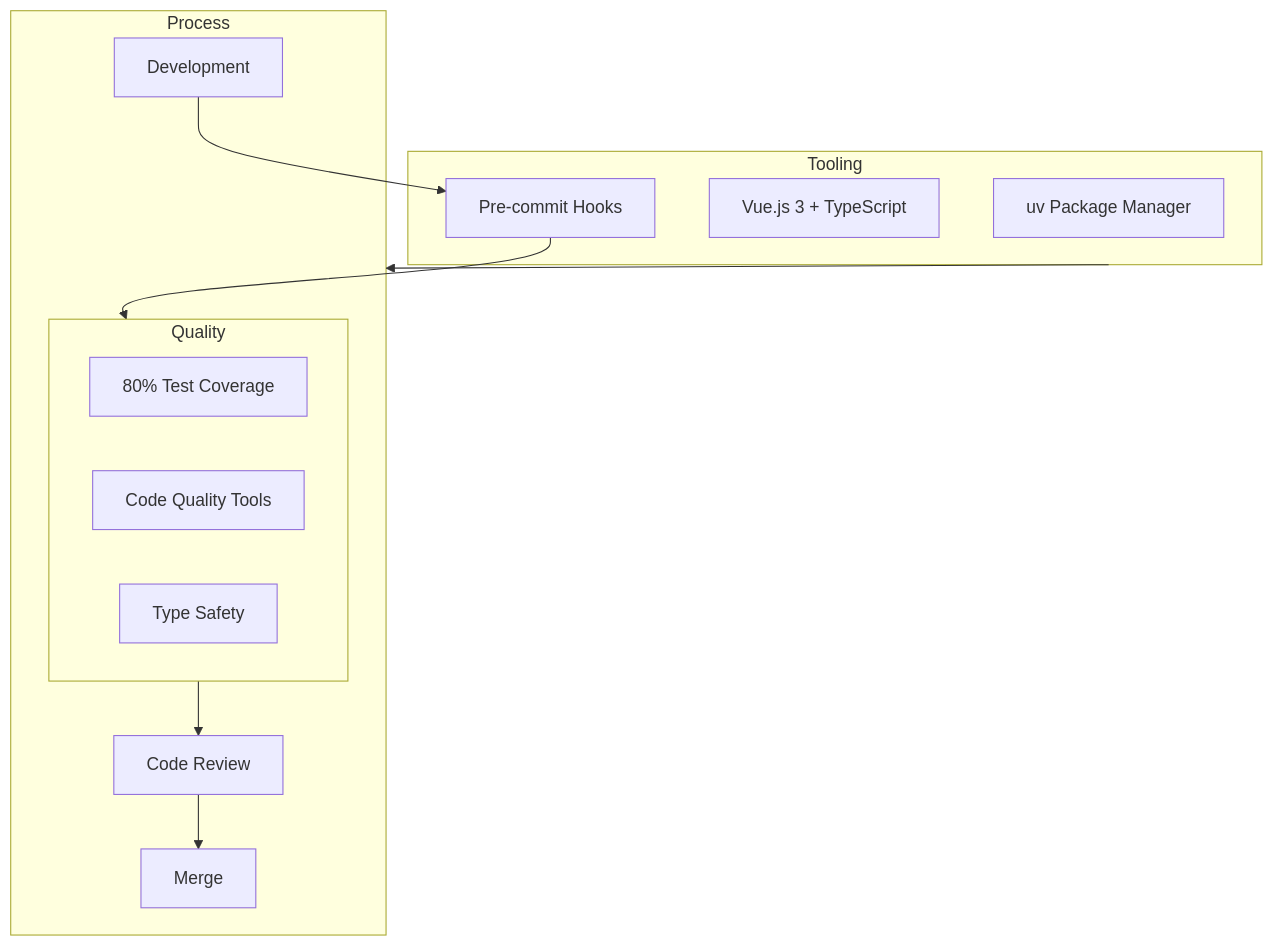
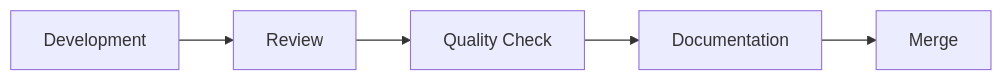
Before and after one commit to timbuchinger/project-requirements: the second of 2 diagrams in memory-bank/activeContext.md, drawn with Mermaid. The commit also changed other lines of this file and 5 other files, not shown here.

````diff
--- a/memory-bank/activeContext.md
+++ b/memory-bank/activeContext.md
@@ -60,23 +65,7 @@
 ```mermaid
-flowchart TD
-    subgraph Tooling
-        UV[uv Package Manager]
-        Vue3[Vue.js 3 + TypeScript]
-        Hooks[Pre-commit Hooks]
-    end
-
-    subgraph Quality
-        Coverage[80% Test Coverage]
-        Linting[Code Quality Tools]
-        Types[Type Safety]
-    end
-
-    subgraph Process
-        Dev[Development] --> Hooks
-        Hooks --> Quality
-        Quality --> Review[Code Review]
-        Review --> Merge[Merge]
-    end
-
-    Tooling --> Process
+flowchart LR
+    Dev[Development] --> Review[Review]
+    Review --> Quality[Quality Check]
+    Quality --> Docs[Documentation]
+    Docs --> Merge[Merge]
 ```
````
